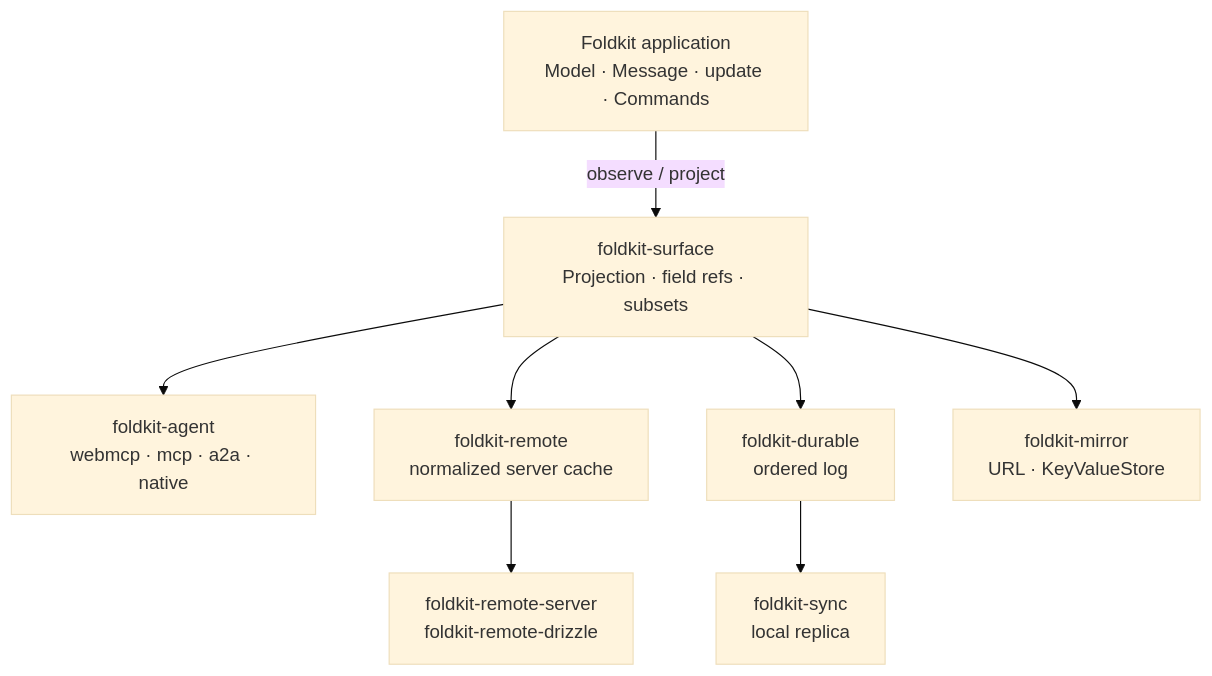
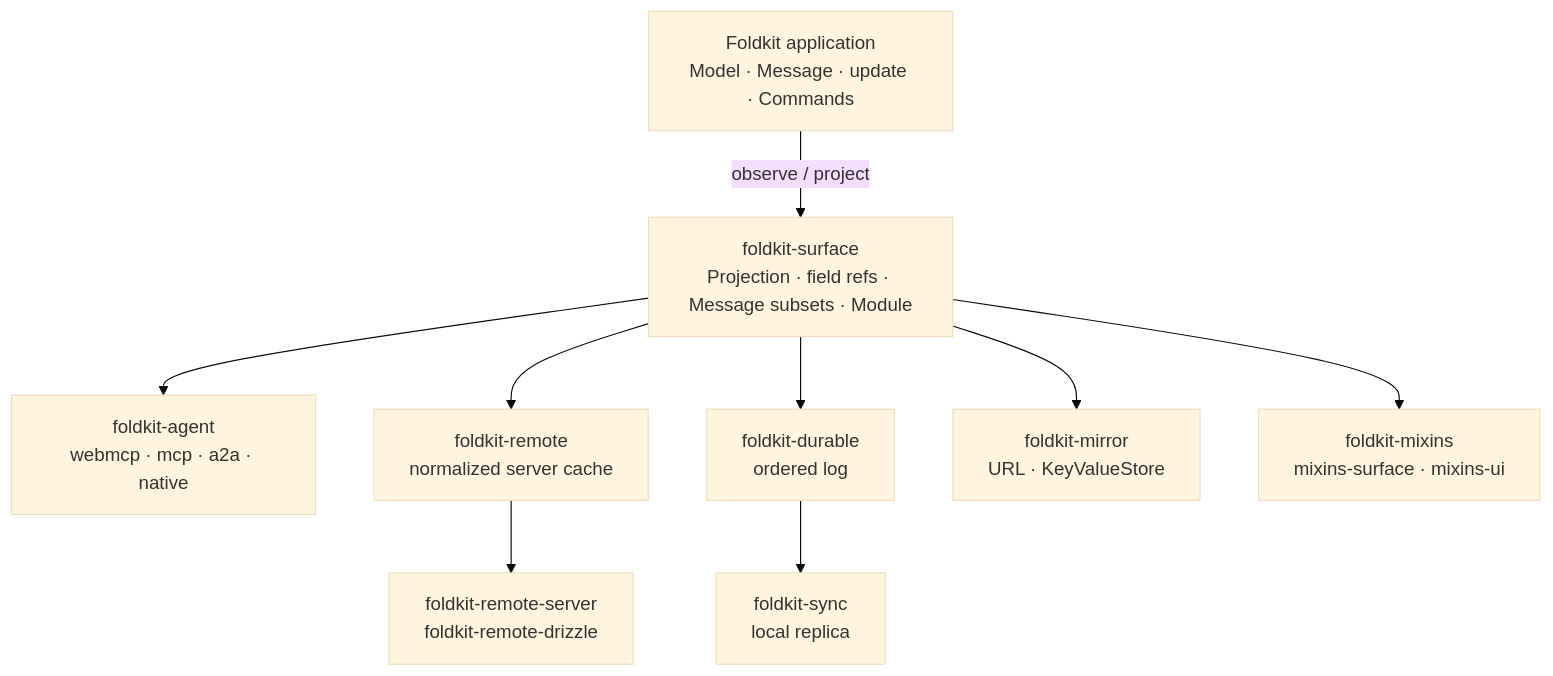
Before and after one commit to doeixd/foldkit-plus: the diagram in README.md, drawn with Mermaid (base theme). The commit also changed other lines of this file, not shown here.

````diff
--- a/README.md
+++ b/README.md
@@ -79,18 +128,20 @@
 ```mermaid
 flowchart TB
   app["Foldkit application<br/>Model · Message · update · Commands"]
-  surface["foldkit-surface<br/>Projection · field refs · subsets"]
+  surface["foldkit-surface<br/>Projection · field refs · Message subsets · Module"]
   agent["foldkit-agent<br/>webmcp · mcp · a2a · native"]
   remote["foldkit-remote<br/>normalized server cache"]
   server["foldkit-remote-server<br/>foldkit-remote-drizzle"]
   durable["foldkit-durable<br/>ordered log"]
   sync["foldkit-sync<br/>local replica"]
   mirror["foldkit-mirror<br/>URL · KeyValueStore"]
+  mixins["foldkit-mixins<br/>mixins-surface · mixins-ui"]
   app -- "observe / project" --> surface
   surface --> agent
   surface --> remote
   surface --> durable
   surface --> mirror
+  surface --> mixins
   remote --> server
   durable --> sync
 ```
````
